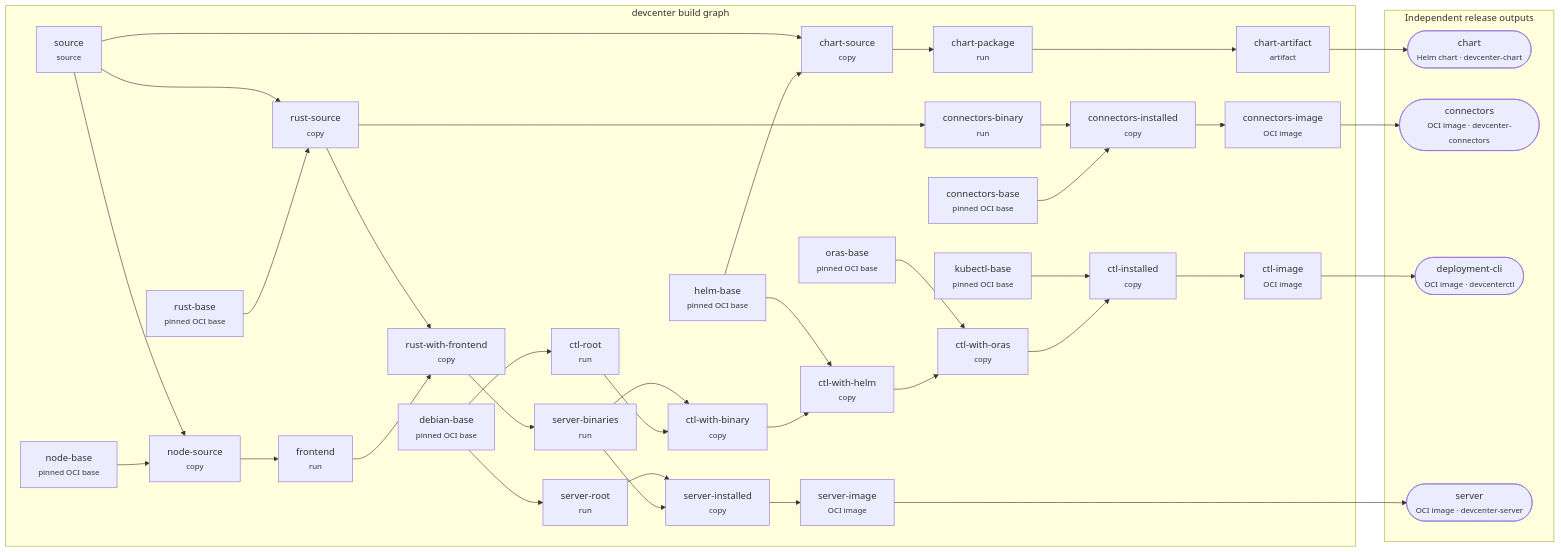
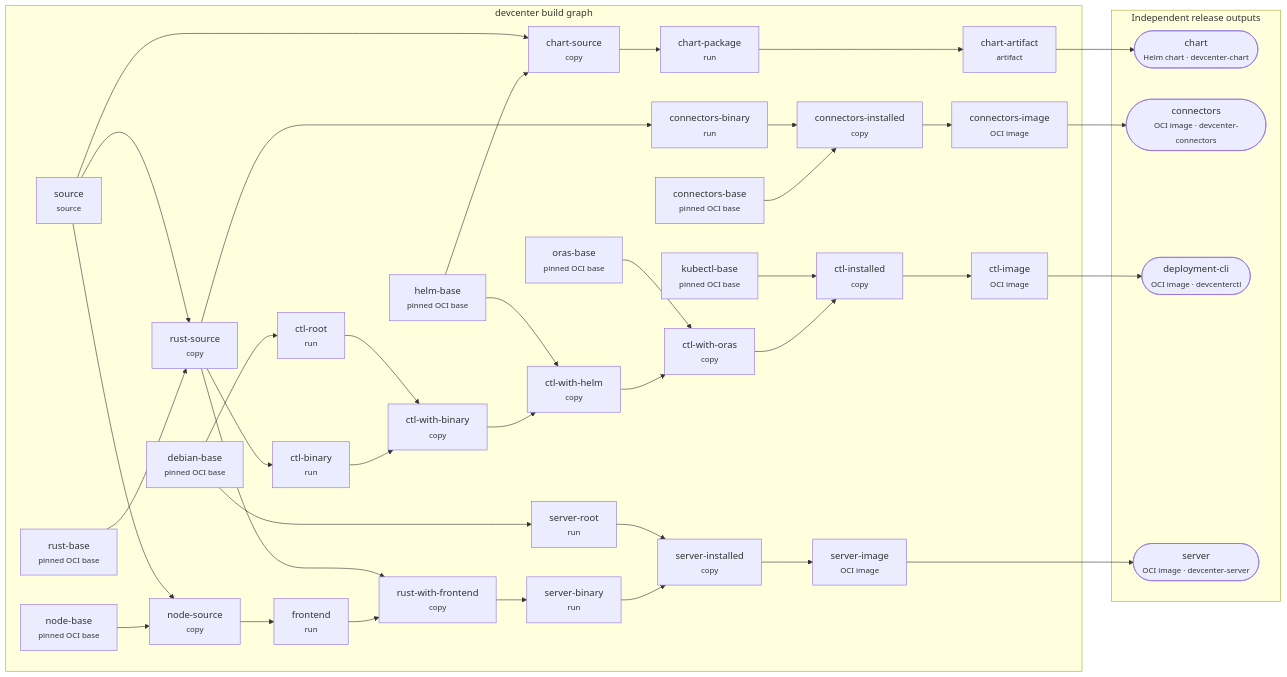
Before and after one commit to beyond10x/devcenter: the diagram in generated/ess/build.mmd, drawn with Mermaid. The commit also changed 10 other files, not shown here.

```diff
--- a/generated/ess/build.mmd
+++ b/generated/ess/build.mmd
@@ -1,71 +1,73 @@
 flowchart LR
   subgraph build_graph["devcenter build graph"]
     n0["connectors-base<br/><small>pinned OCI base</small>"]
     n1["debian-base<br/><small>pinned OCI base</small>"]
     n2["ctl-root<br/><small>run</small>"]
     n3["helm-base<br/><small>pinned OCI base</small>"]
     n4["kubectl-base<br/><small>pinned OCI base</small>"]
     n5["node-base<br/><small>pinned OCI base</small>"]
     n6["oras-base<br/><small>pinned OCI base</small>"]
     n7["rust-base<br/><small>pinned OCI base</small>"]
     n8["server-root<br/><small>run</small>"]
     n9["source<br/><small>source</small>"]
     n10["chart-source<br/><small>copy</small>"]
     n11["chart-package<br/><small>run</small>"]
     n12["chart-artifact<br/><small>artifact</small>"]
     n13["node-source<br/><small>copy</small>"]
     n14["frontend<br/><small>run</small>"]
     n15["rust-source<br/><small>copy</small>"]
     n16["connectors-binary<br/><small>run</small>"]
     n17["connectors-installed<br/><small>copy</small>"]
     n18["connectors-image<br/><small>OCI image</small>"]
-    n19["rust-with-frontend<br/><small>copy</small>"]
-    n20["server-binaries<br/><small>run</small>"]
-    n21["ctl-with-binary<br/><small>copy</small>"]
-    n22["ctl-with-helm<br/><small>copy</small>"]
-    n23["ctl-with-oras<br/><small>copy</small>"]
-    n24["ctl-installed<br/><small>copy</small>"]
-    n25["ctl-image<br/><small>OCI image</small>"]
-    n26["server-installed<br/><small>copy</small>"]
-    n27["server-image<br/><small>OCI image</small>"]
+    n19["ctl-binary<br/><small>run</small>"]
+    n20["ctl-with-binary<br/><small>copy</small>"]
+    n21["ctl-with-helm<br/><small>copy</small>"]
+    n22["ctl-with-oras<br/><small>copy</small>"]
+    n23["ctl-installed<br/><small>copy</small>"]
+    n24["ctl-image<br/><small>OCI image</small>"]
+    n25["rust-with-frontend<br/><small>copy</small>"]
+    n26["server-binary<br/><small>run</small>"]
+    n27["server-installed<br/><small>copy</small>"]
+    n28["server-image<br/><small>OCI image</small>"]
     n1 --> n2
     n1 --> n8
     n3 --> n10
     n9 --> n10
     n10 --> n11
     n11 --> n12
     n5 --> n13
     n9 --> n13
     n13 --> n14
     n7 --> n15
     n9 --> n15
     n15 --> n16
     n0 --> n17
     n16 --> n17
     n17 --> n18
-    n14 --> n19
     n15 --> n19
     n19 --> n20
-    n2 --> n21
+    n2 --> n20
     n20 --> n21
+    n3 --> n21
     n21 --> n22
-    n3 --> n22
+    n6 --> n22
     n22 --> n23
-    n6 --> n23
+    n4 --> n23
     n23 --> n24
-    n4 --> n24
-    n24 --> n25
-    n20 --> n26
-    n8 --> n26
+    n14 --> n25
+    n15 --> n25
+    n25 --> n26
     n26 --> n27
+    n8 --> n27
+    n27 --> n28
   end
   subgraph release_outputs["Independent release outputs"]
     o0(["chart<br/><small>Helm chart · devcenter-chart</small>"])
     o1(["connectors<br/><small>OCI image · devcenter-connectors</small>"])
     o2(["deployment-cli<br/><small>OCI image · devcenterctl</small>"])
     o3(["server<br/><small>OCI image · devcenter-server</small>"])
   end
   n12 --> o0
   n18 --> o1
-  n25 --> o2
-  n27 --> o3
+  n24 --> o2
+  n28 --> o3
```
